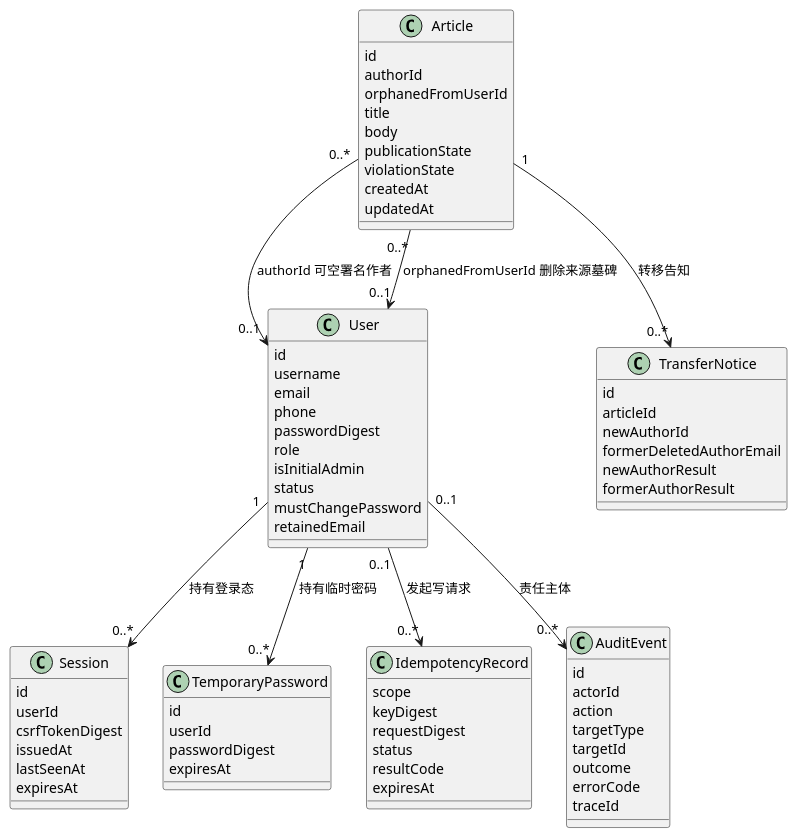
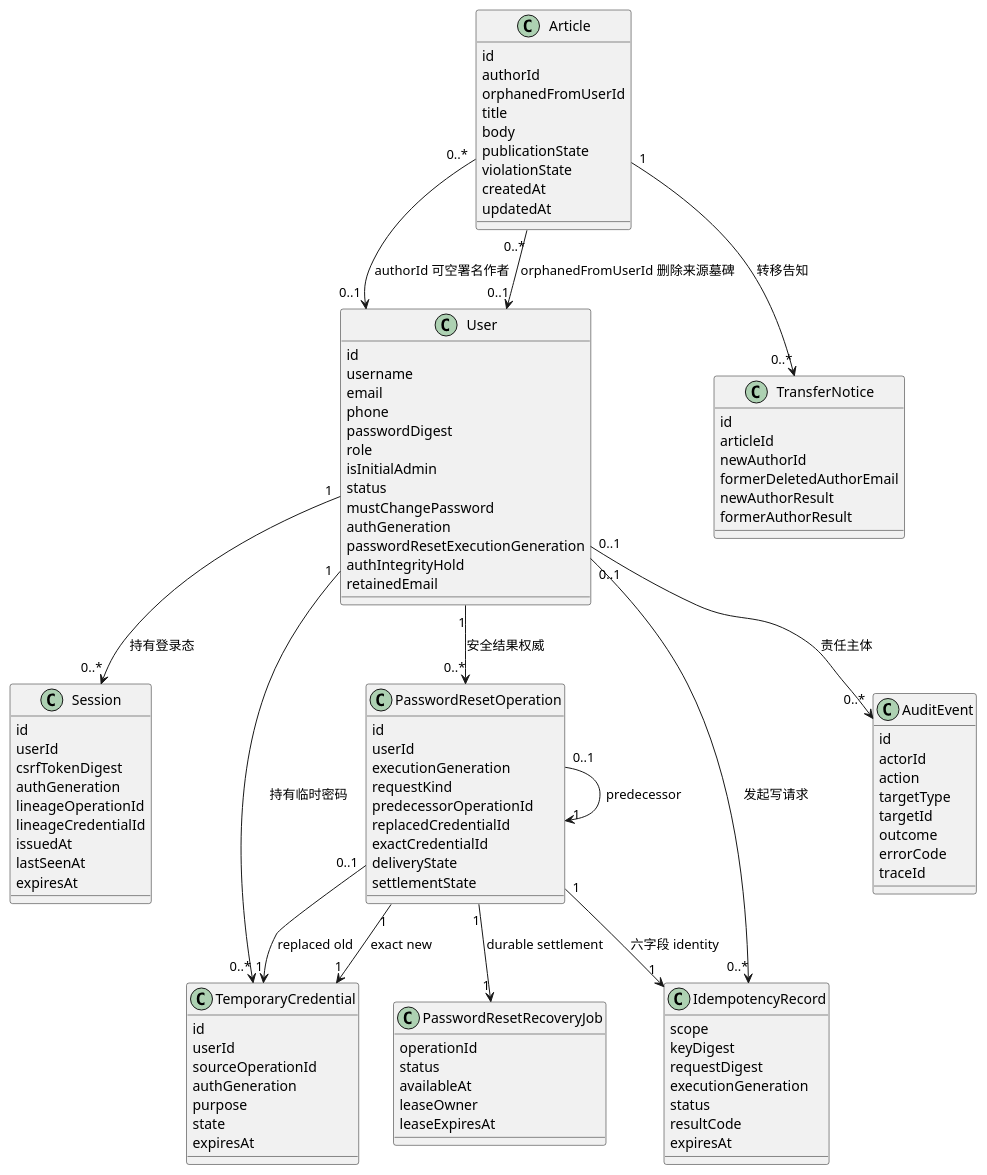
One commit to jianghua-hub-ai/han changed the seventh of 15 diagrams in .add/project/knowledge/design/architecture.md. Above: the diagram before and after it, drawn with PlantUML. The commit also changed other lines of this file and 26 other files, not shown here.

```diff
--- a/.add/project/knowledge/design/architecture.md
+++ b/.add/project/knowledge/design/architecture.md
@@ -640,6 +845,9 @@
   isInitialAdmin
   status
   mustChangePassword
+  authGeneration
+  passwordResetExecutionGeneration
+  authIntegrityHold
   retainedEmail
 }
 
@@ -647,16 +855,42 @@
   id
   userId
   csrfTokenDigest
+  authGeneration
+  lineageOperationId
+  lineageCredentialId
   issuedAt
   lastSeenAt
   expiresAt
 }
 
-class TemporaryPassword {
+class TemporaryCredential {
   id
   userId
-  passwordDigest
+  sourceOperationId
+  authGeneration
+  purpose
+  state
   expiresAt
+}
+
+class PasswordResetOperation {
+  id
+  userId
+  executionGeneration
+  requestKind
+  predecessorOperationId
+  replacedCredentialId
+  exactCredentialId
+  deliveryState
+  settlementState
+}
+
+class PasswordResetRecoveryJob {
+  operationId
+  status
+  availableAt
+  leaseOwner
+  leaseExpiresAt
 }
 
 class Article {
@@ -684,6 +918,7 @@
   scope
   keyDigest
   requestDigest
+  executionGeneration
   status
   resultCode
   expiresAt
@@ -701,7 +936,13 @@
 }
 
 User "1" --> "0..*" Session : 持有登录态
-User "1" --> "0..*" TemporaryPassword : 持有临时密码
+User "1" --> "0..*" TemporaryCredential : 持有临时密码
+User "1" --> "0..*" PasswordResetOperation : 安全结果权威
+PasswordResetOperation "0..1" --> "1" PasswordResetOperation : predecessor
+PasswordResetOperation "0..1" --> "1" TemporaryCredential : replaced old
+PasswordResetOperation "1" --> "1" TemporaryCredential : exact new
+PasswordResetOperation "1" --> "1" PasswordResetRecoveryJob : durable settlement
+PasswordResetOperation "1" --> "1" IdempotencyRecord : 六字段 identity
 Article "0..*" --> "0..1" User : authorId 可空署名作者
 Article "0..*" --> "0..1" User : orphanedFromUserId 删除来源墓碑
 Article "1" --> "0..*" TransferNotice : 转移告知
```
